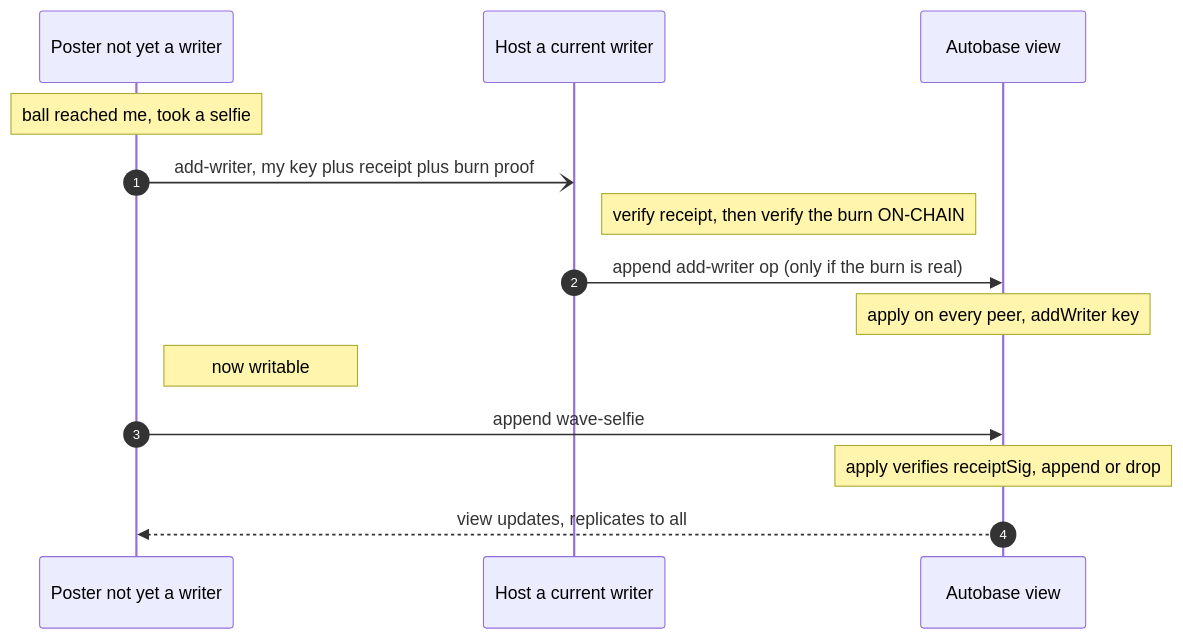
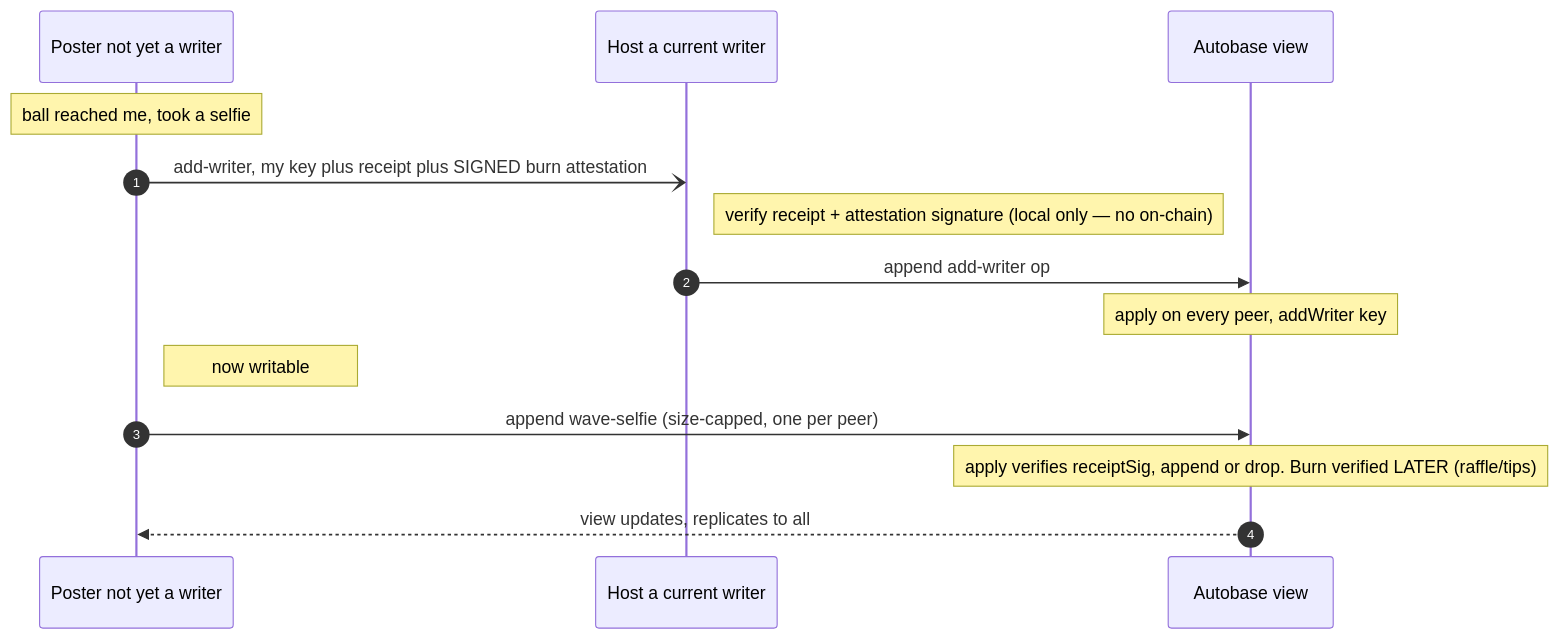
Before and after one commit to mnaamani/hyper-wave: the seventh of 7 diagrams in docs/protocol.md, drawn with Mermaid. The commit also changed other lines of this file and 8 other files, not shown here.

````diff
--- a/docs/protocol.md
+++ b/docs/protocol.md
@@ -554,16 +556,16 @@
 ```mermaid
 sequenceDiagram
   autonumber
   participant P as Poster not yet a writer
   participant H as Host a current writer
   participant AB as Autobase view
   Note over P: ball reached me, took a selfie
-  P-)H: add-writer, my key plus receipt plus burn proof
-  Note right of H: verify receipt, then verify the burn ON-CHAIN
-  H->>AB: append add-writer op (only if the burn is real)
+  P-)H: add-writer, my key plus receipt plus SIGNED burn attestation
+  Note right of H: verify receipt + attestation signature (local only — no on-chain)
+  H->>AB: append add-writer op
   Note over AB: apply on every peer, addWriter key
   Note right of P: now writable
-  P->>AB: append wave-selfie
-  Note over AB: apply verifies receiptSig, append or drop
+  P->>AB: append wave-selfie (size-capped, one per peer)
+  Note over AB: apply verifies receiptSig, append or drop.  Burn verified LATER (raffle/tips)
   AB-->>P: view updates, replicates to all
 ```
````
